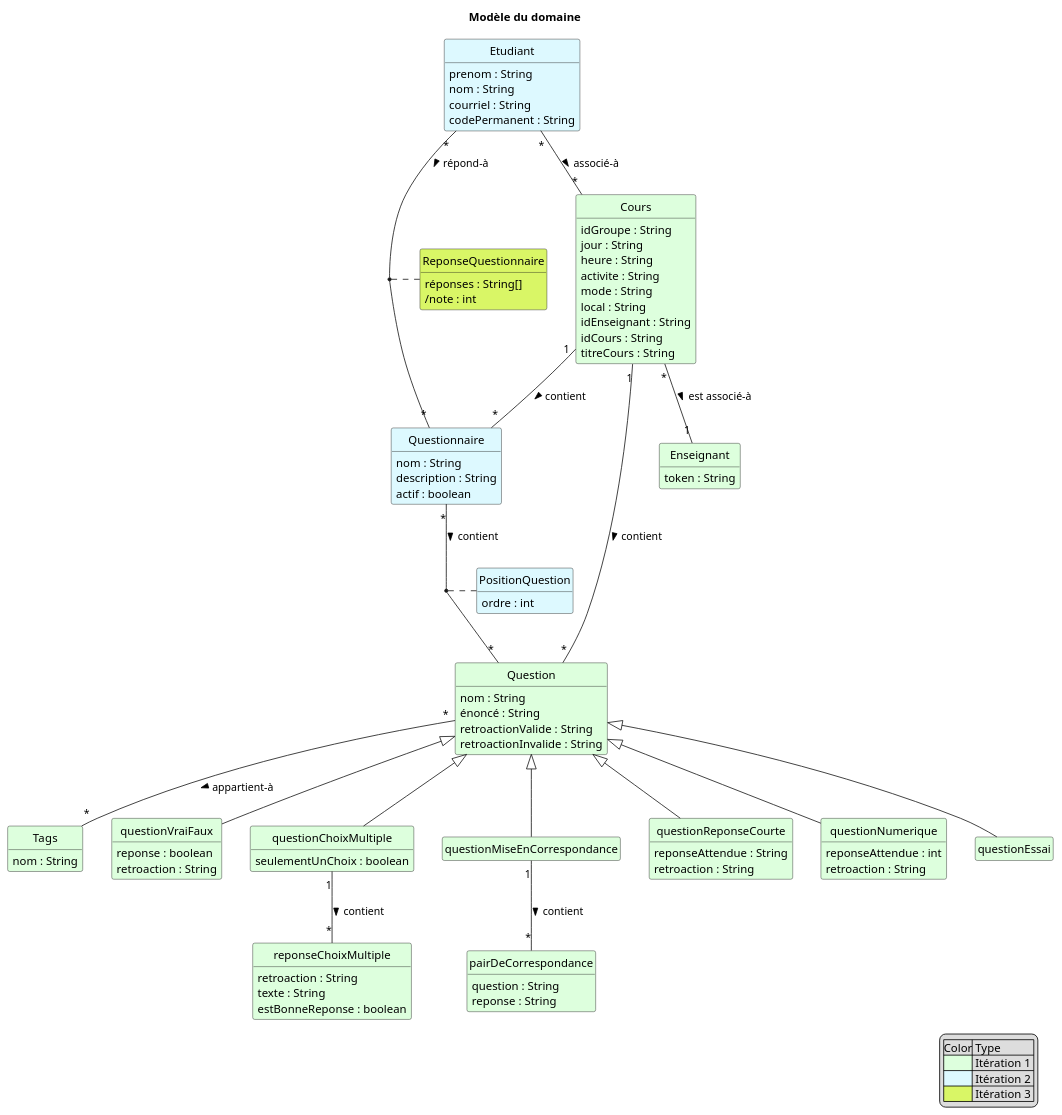
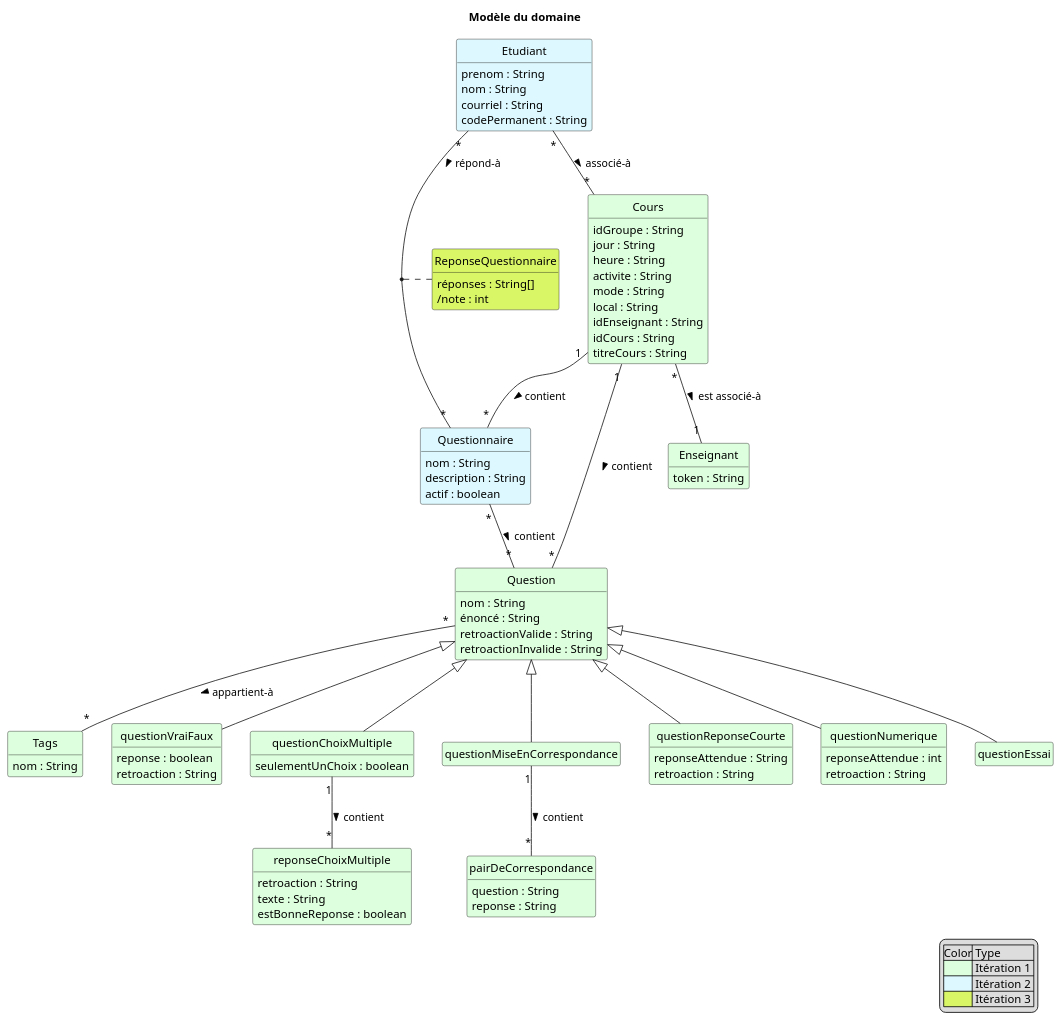
One commit to xMrYahya/moodle-clone changed the diagram in docs/modeles/mdd.puml. Above: the diagram before and after it, drawn with PlantUML. The commit also changed 11 other files, not shown here.

Commit message:
Modifications du rapport et de diagrammes

```diff
--- a/docs/modeles/mdd.puml
+++ b/docs/modeles/mdd.puml
@@ -1,113 +1,108 @@
 @startuml MDD_SGB_SGA
 skinparam style strictuml
 'skinparam backgroundcolor transparent
 hide methods
 hide empty members
 'left to right direction
 title Modèle du domaine
 
 skinparam class {
   BackgroundColor<< SGB >> #ddffdd
   backgroundColor<<Itération 1>> #ddffdd
   backgroundColor<<Itération 2>> #ddf9ff
   backgroundColor<<Itération 3>> #d9f666
 }
 hide stereotype
 
 
   ' Le concept de "Cours" dans SGA n'est pas un groupe-cours
   class "Question" as question <<Itération 1>> {
   nom : String
   énoncé : String
   ' reponse a la question
   retroactionValide : String
   retroactionInvalide : String
   }
   class "Tags" as tags <<Itération 1>>{
     nom : String
   }
   class "questionVraiFaux" as qvf <<Itération 1>> extends question {
     reponse : boolean
     retroaction : String
   }
   class "questionChoixMultiple" as qcm <<Itération 1>> extends question {
     seulementUnChoix : boolean
   }
   class "reponseChoixMultiple" as rcm <<Itération 1>> {
     retroaction : String
     texte : String
     estBonneReponse : boolean
   }
   class "questionMiseEnCorrespondance" as qmc <<Itération 1>> extends question {
     
   }
   class "pairDeCorrespondance" as pdc <<Itération 1>> {
     question : String
     reponse : String
   }
   class "questionReponseCourte" as qrc <<Itération 1>> extends question  {
     reponseAttendue : String
     retroaction : String
   }
   class "questionNumerique" as qn <<Itération 1>> extends question  {
     reponseAttendue : int
     retroaction : String
   }
   class "questionEssai" as qe <<Itération 1>> extends question  {
     
   }
   class "Enseignant" as ens <<Itération 1>> {
     token : String
   }
   class "Cours" as cours <<Itération 1>> {
     idGroupe : String
     jour : String
     heure : String
     activite : String
     mode : String
     local : String
     idEnseignant : String
     idCours : String
     titreCours : String
   }
   class "Etudiant" as etudiant <<Itération 2>>{
     prenom : String
     nom : String
     courriel : String
     codePermanent : String
   }
   class "Questionnaire" as questionnaire <<Itération 2>>{
     nom : String
     description : String
     actif : boolean
   }
-  class "PositionQuestion" as position <<Itération 2>>{
-    ordre : int
-  }
   class "ReponseQuestionnaire" as reponseQuestionnaire <<Itération 3>> {
     réponses : String[]
     /note : int
   }
 
   etudiant "*" -- "*" cours : associé-à >
   cours "1" -- "*" question :contient >
   cours "*" -- "1" ens : est associé-à >
   question "*" -- "*" tags : appartient-à >
   qcm "1" -- "*" rcm : contient >
   qmc "1" -- "*" pdc : contient >
   cours "1" -- "*" questionnaire : contient >
   questionnaire "*" -- "*" question : contient >
-  (questionnaire,question) .. position
-
 legend right
     |Color| Type |
     |<#ddffdd>| Itération 1 |
     |<#ddf9ff>| Itération 2 |
     |<#d9f666>| Itération 3 |
 endlegend
 
 
 
   etudiant "*" -- "*" questionnaire : répond-à >
   (etudiant,questionnaire) .. reponseQuestionnaire
 @enduml
```
